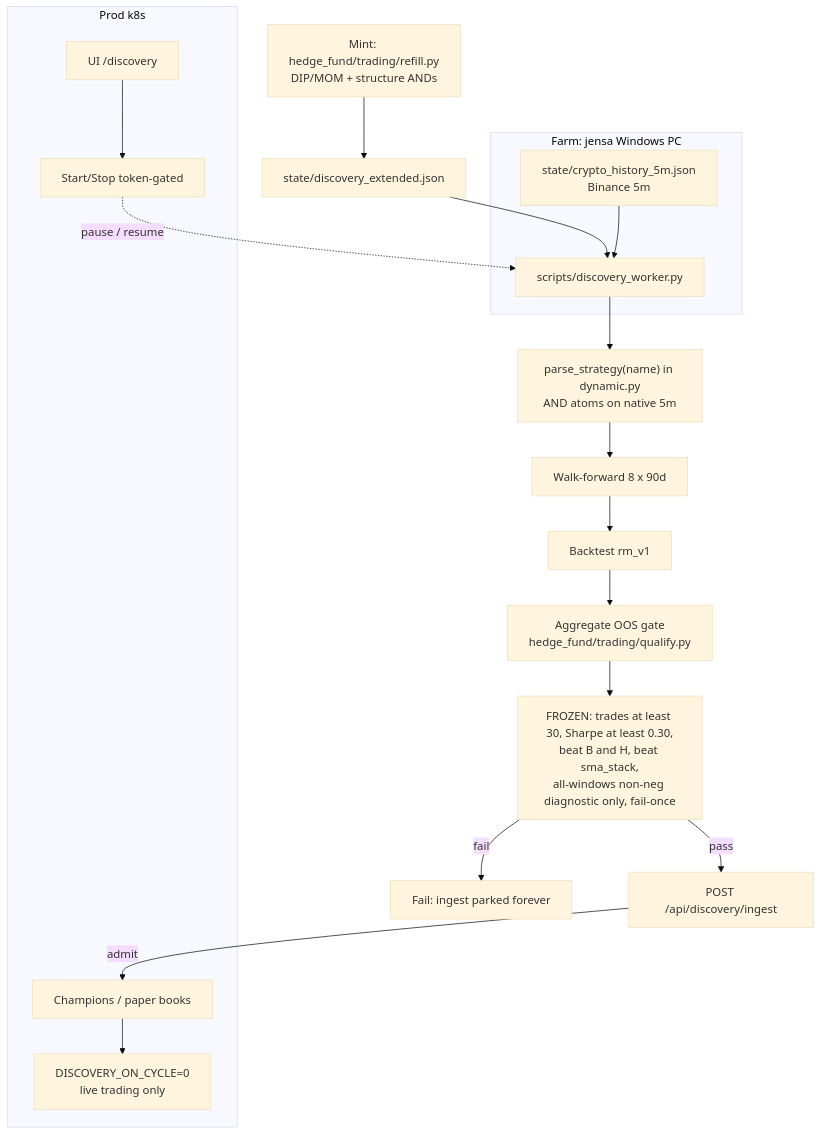
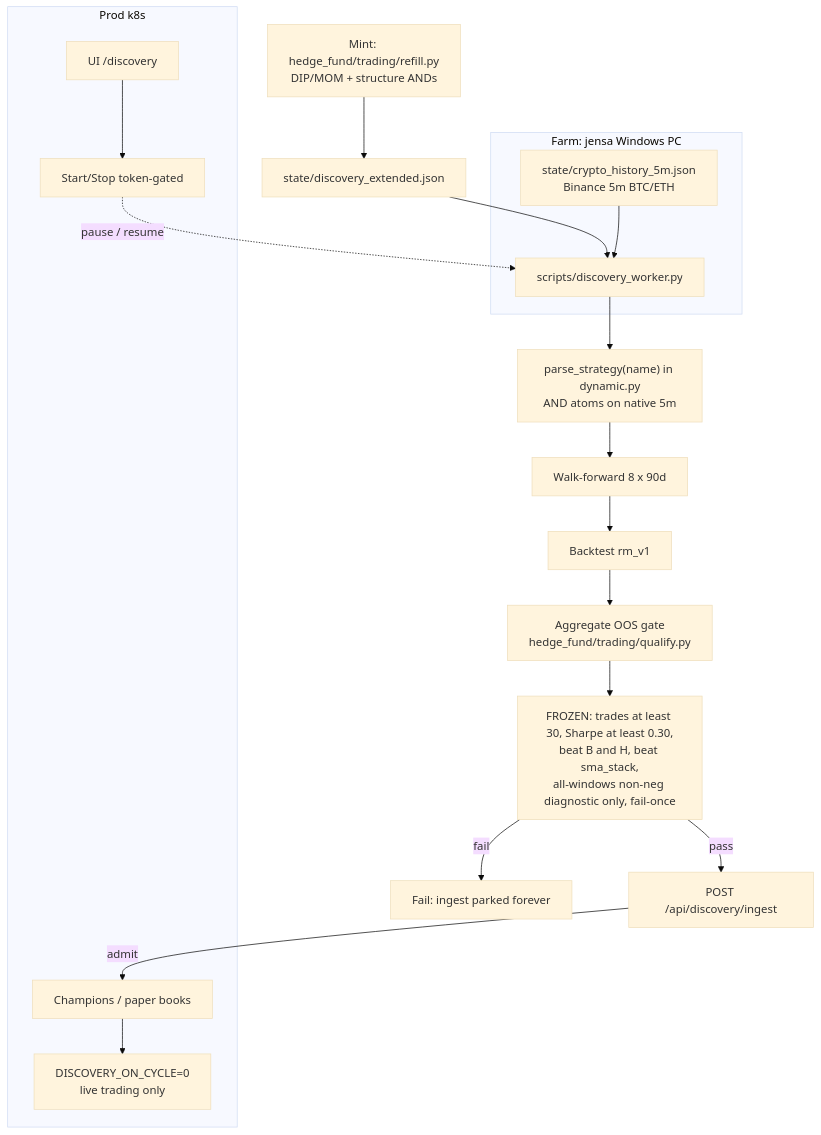
One commit to Runemark7/paper-trading-bot changed the first of 3 diagrams in docs/WORKFLOW.md. Above: the diagram before and after it, drawn with Mermaid (base theme). The commit also changed other lines of this file and 5 other files, not shown here.

First line of the commit message:
fix(fetch): default history symbols to BTC/ETH only (#45)

````diff
--- a/docs/WORKFLOW.md
+++ b/docs/WORKFLOW.md
@@ -49,38 +49,38 @@
 ```mermaid
 flowchart TB
   recipe["Mint: hedge_fund/trading/refill.py\nDIP/MOM + structure ANDs"]
   ext["state/discovery_extended.json"]
   recipe --> ext
 
   subgraph farm [Farm: jensa Windows PC]
     worker["scripts/discovery_worker.py"]
-    hist["state/crypto_history_5m.json\nBinance 5m"]
+    hist["state/crypto_history_5m.json\nBinance 5m BTC/ETH"]
   end
   ext --> worker
   hist --> worker
 
   parse["parse_strategy(name) in dynamic.py\nAND atoms on native 5m"]
   wf["Walk-forward 8 x 90d"]
   bt["Backtest rm_v1"]
   gate["Aggregate OOS gate\nhedge_fund/trading/qualify.py"]
   worker --> parse --> wf --> bt --> gate
 
   frozen["FROZEN: trades at least 30, Sharpe at least 0.30,\nbeat B and H, beat sma_stack,\nall-windows non-neg diagnostic only, fail-once"]
   gate --> frozen
 
   ingest["POST /api/discovery/ingest"]
   park["Fail: ingest parked forever"]
   frozen -->|"pass"| ingest
   frozen -->|"fail"| park
 
   subgraph prod [Prod k8s]
     champs["Champions / paper books"]
     live["DISCOVERY_ON_CYCLE=0\nlive trading only"]
     ui["UI /discovery"]
     ctl["Start/Stop token-gated"]
   end
   ingest -->|"admit"| champs
   champs --> live
   ui --> ctl
   ctl -.->|"pause / resume"| worker
 ```
````
